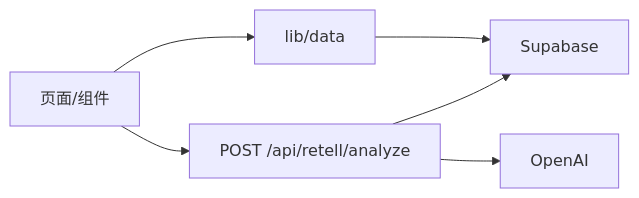
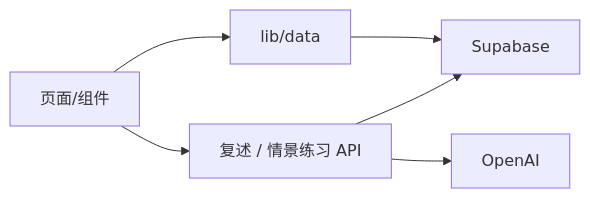
One commit to chloetate9997-ship-it/english-speaking-mvp changed the diagram in README.md. Above: the diagram before and after it, drawn with Mermaid. The commit also changed other lines of this file and 31 other files, not shown here.

````diff
--- a/README.md
+++ b/README.md
@@ -18,8 +20,8 @@
 ```mermaid
 flowchart LR
     UI[页面/组件] --> DATA[lib/data]
-    UI --> API[POST /api/retell/analyze]
+    UI --> API[复述 / 情景练习 API]
     DATA --> SB[Supabase]
     API --> SB
     API --> AI[OpenAI]
 ```
````
